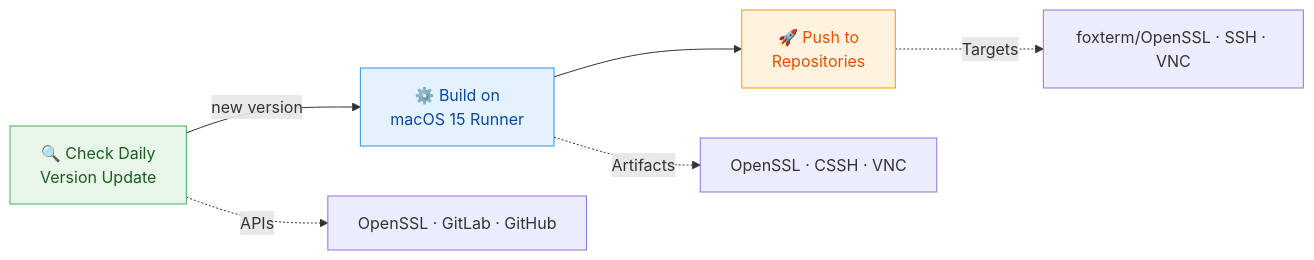
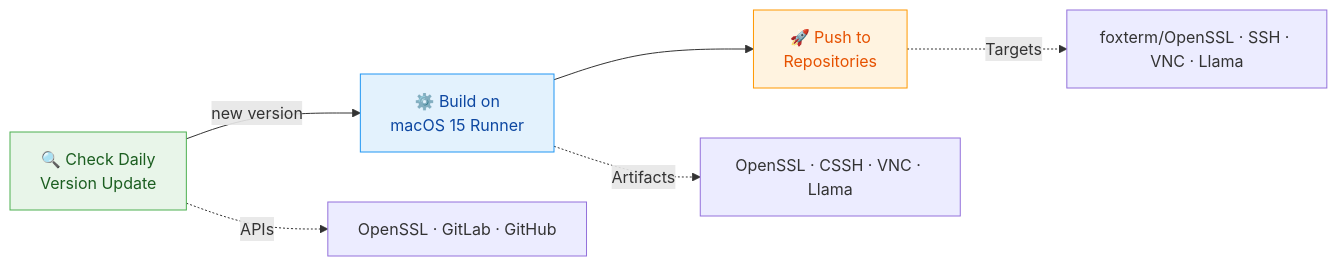
The first of 2 diagrams in README.md (foxterm/xcframework_build), drawn with Mermaid before and after one commit. The commit also changed other lines of this file and 5 other files, not shown here.

````diff
--- a/README.md
+++ b/README.md
@@ -17,13 +17,13 @@
 ```mermaid
 graph LR
     A["🔍 Check Daily\nVersion Update"] -->|new version| B["⚙️ Build on\nmacOS 15 Runner"]
     B --> C["🚀 Push to\nRepositories"]
 
     A -.->|APIs| A1["OpenSSL · GitLab · GitHub"]
-    B -.->|Artifacts| B1["OpenSSL · CSSH · VNC"]
-    C -.->|Targets| C1["foxterm/OpenSSL · SSH · VNC"]
+    B -.->|Artifacts| B1["OpenSSL · CSSH · VNC · Llama"]
+    C -.->|Targets| C1["foxterm/OpenSSL · SSH · VNC · Llama"]
 
     style A fill:#e8f5e9,stroke:#4caf50,color:#1b5e20
     style B fill:#e3f2fd,stroke:#2196f3,color:#0d47a1
     style C fill:#fff3e0,stroke:#ff9800,color:#e65100
 ```
````
